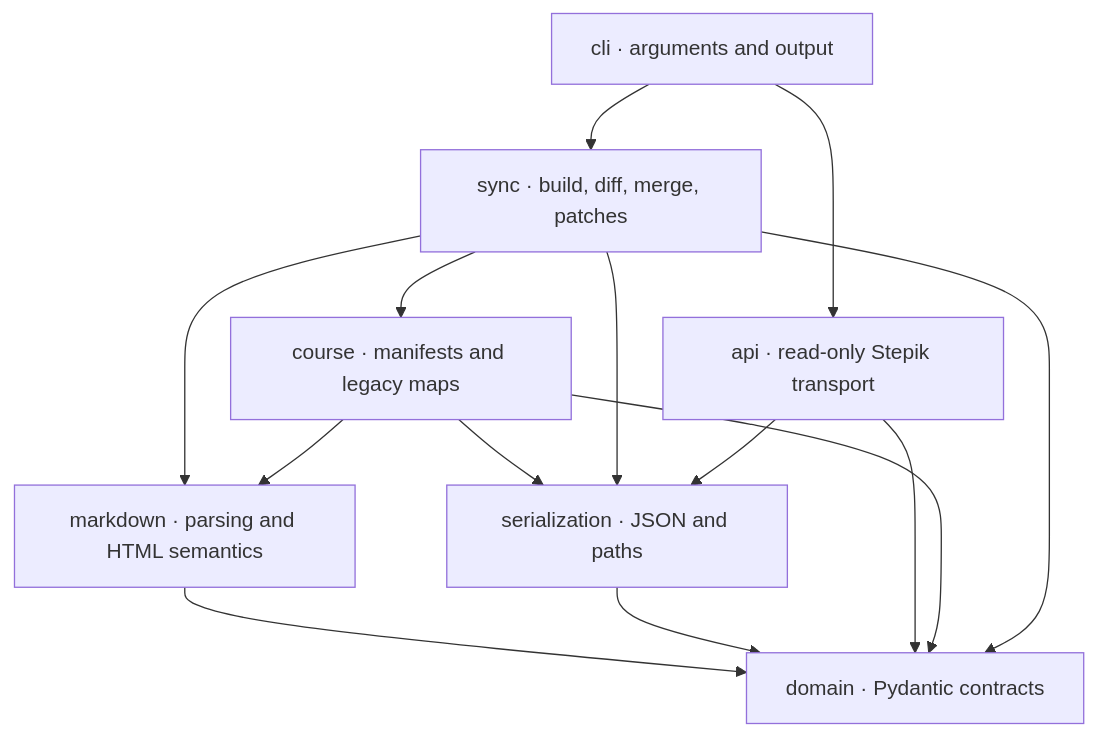
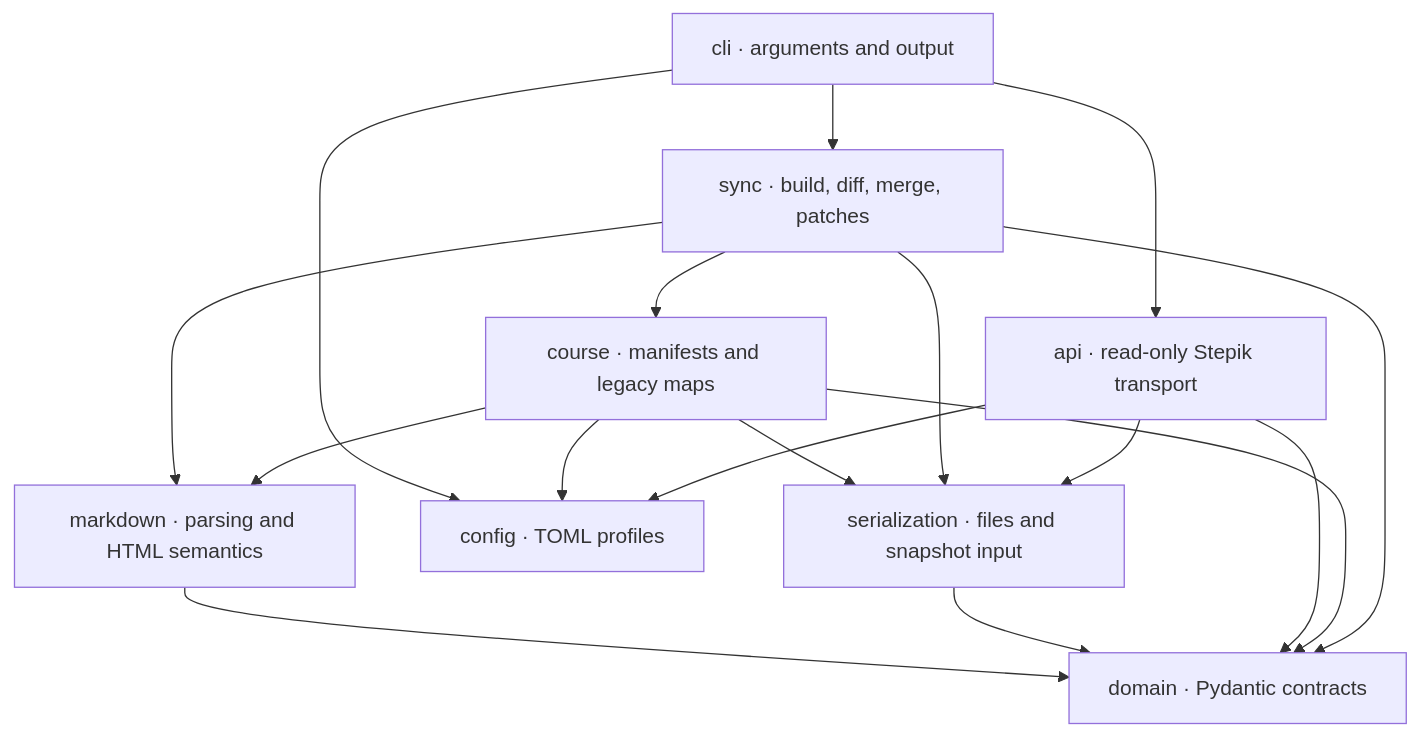
One commit to galua-study/stepik-author-tools changed the third of 4 diagrams in README.md. Above: the diagram before and after it, drawn with Mermaid. The commit also changed other lines of this file and 55 other files, not shown here.

First line of the commit message:
Add authoring profiles and harden course synchronization

````diff
--- a/README.md
+++ b/README.md
@@ -189,16 +250,19 @@
 ```mermaid
 flowchart TD
     CLI["cli · arguments and output"] --> Sync["sync · build, diff, merge, patches"]
     CLI --> API["api · read-only Stepik transport"]
     Sync --> Course["course · manifests and legacy maps"]
     Sync --> Markdown["markdown · parsing and HTML semantics"]
     Course --> Markdown
-    Course --> Serialization["serialization · JSON and paths"]
+    CLI --> Config["config · TOML profiles"]
+    Course --> Config
+    API --> Config
+    Course --> Serialization["serialization · files and snapshot input"]
     Sync --> Serialization
     API --> Serialization
     Markdown --> Domain["domain · Pydantic contracts"]
     Serialization --> Domain
     API --> Domain
     Course --> Domain
     Sync --> Domain
 ```
````
